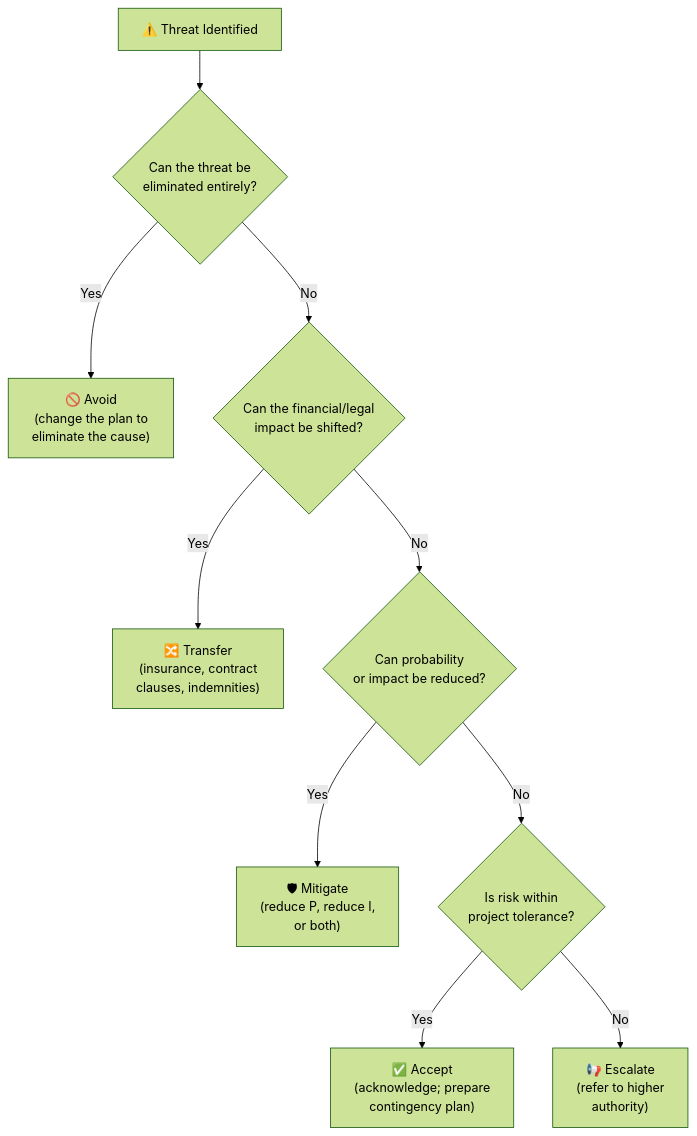
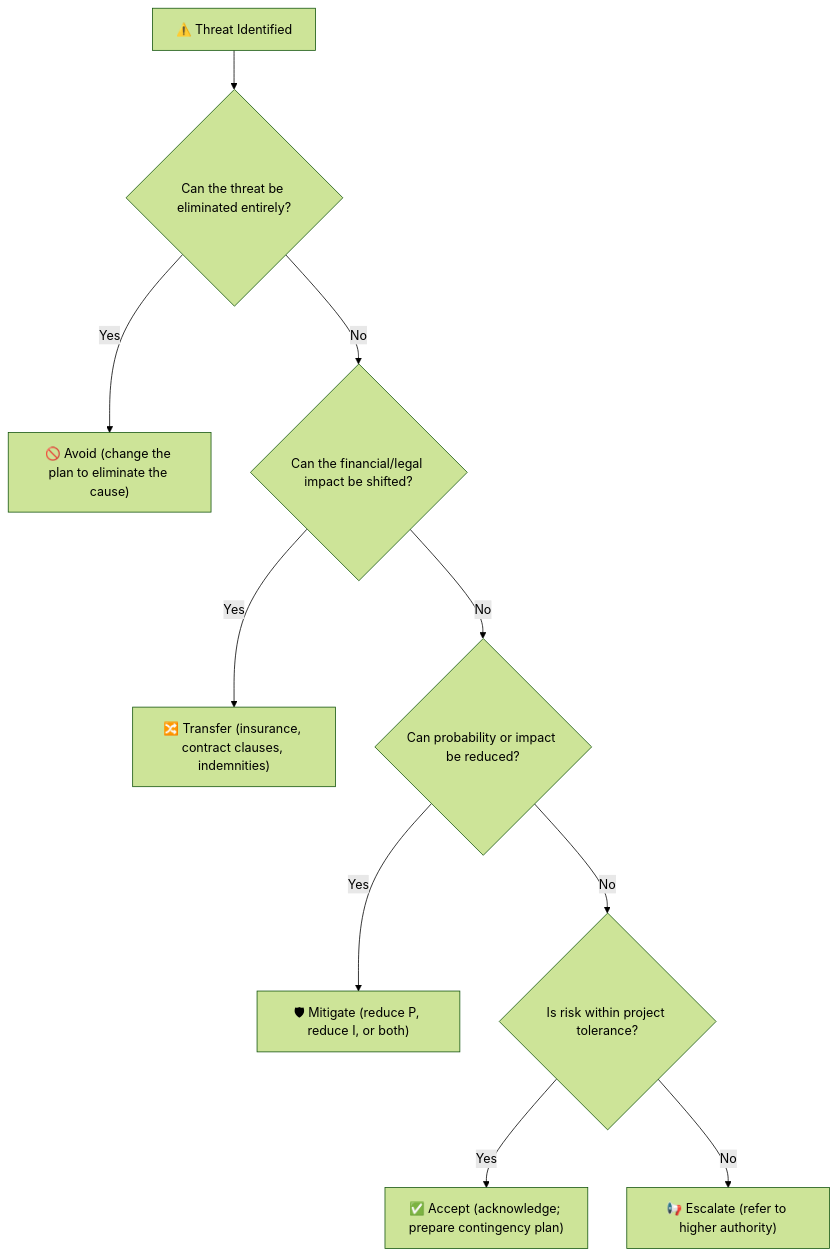
One commit to UncleJS/course_projectManagement changed the third of 4 diagrams in modules/11-risk-management.md. Above: the diagram before and after it, drawn with Mermaid (forest theme). The commit also changed other lines of this file and 16 other files, not shown here.

Commit message:
Fix Mermaid rendering: remove literal \n from all diagram labels; quote unquoted & in flowchart nodes

````diff
--- a/modules/11-risk-management.md
+++ b/modules/11-risk-management.md
@@ -267,22 +267,22 @@
 ```mermaid
 flowchart TD
     T["⚠️ Threat Identified"]
-    Q1{"Can the threat be\neliminated entirely?"}
-    AV["🚫 Avoid\n(change the plan to\neliminate the cause)"]
-    Q2{"Can the financial/legal\nimpact be shifted?"}
-    TR["🔀 Transfer\n(insurance, contract\nclauses, indemnities)"]
-    Q3{"Can probability\nor impact be reduced?"}
-    MI["🛡 Mitigate\n(reduce P, reduce I,\nor both)"]
-    Q4{"Is risk within\nproject tolerance?"}
-    AC["✅ Accept\n(acknowledge; prepare\ncontingency plan)"]
-    ES["📢 Escalate\n(refer to higher\nauthority)"]
+    Q1{"Can the threat be eliminated entirely?"}
+    AV["🚫 Avoid (change the plan to eliminate the cause)"]
+    Q2{"Can the financial/legal impact be shifted?"}
+    TR["🔀 Transfer (insurance, contract clauses, indemnities)"]
+    Q3{"Can probability or impact be reduced?"}
+    MI["🛡 Mitigate (reduce P, reduce I, or both)"]
+    Q4{"Is risk within project tolerance?"}
+    AC["✅ Accept (acknowledge; prepare contingency plan)"]
+    ES["📢 Escalate (refer to higher authority)"]
     T --> Q1
     Q1 -->|Yes| AV
     Q1 -->|No| Q2
     Q2 -->|Yes| TR
     Q2 -->|No| Q3
     Q3 -->|Yes| MI
     Q3 -->|No| Q4
     Q4 -->|Yes| AC
     Q4 -->|No| ES
 ```
````
